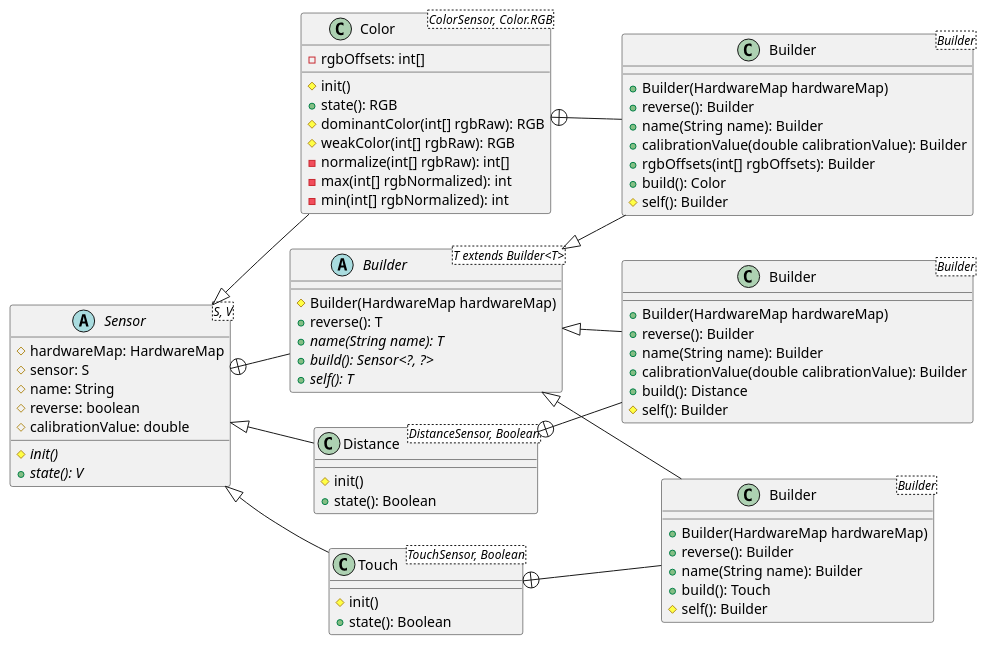
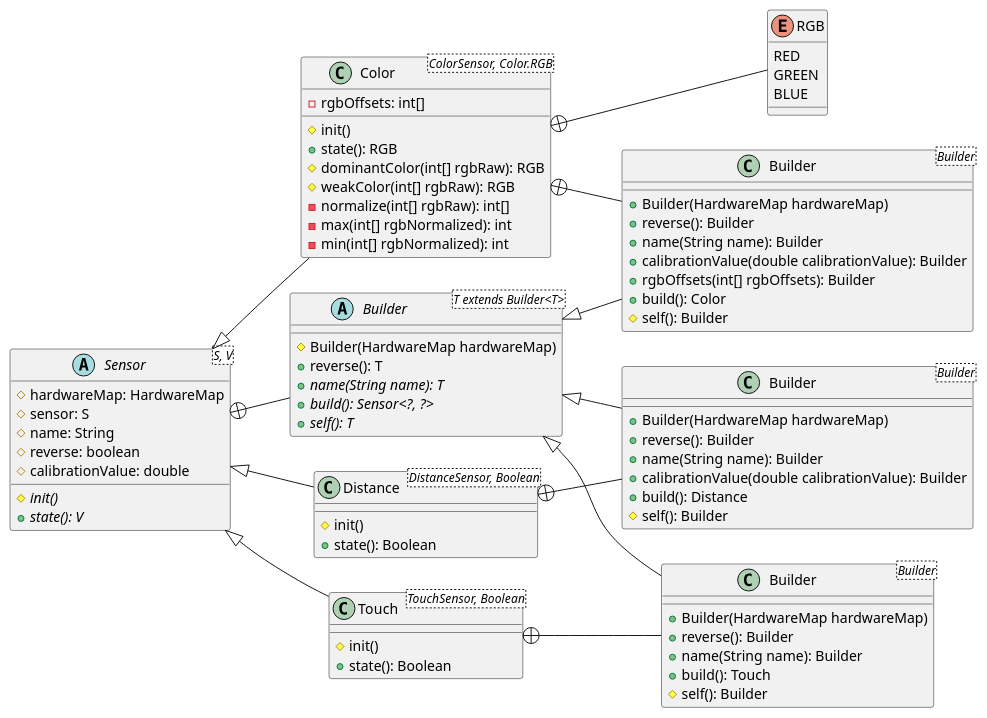
Before and after one commit to Collegiate-Edu-Nation/easy-ftc: the diagram in docs/uml/src/sensor.puml, drawn with PlantUML. The commit also changed 2 other files, not shown here.

Commit message:
uml: added classes, split nested mech

```diff
--- a/docs/uml/src/sensor.puml
+++ b/docs/uml/src/sensor.puml
@@ -1,85 +1,93 @@
 @startuml
 
 left to right direction
 
 abstract class Sensor<S, V> {
     # hardwareMap: HardwareMap
     # sensor: S
     # name: String
     # reverse: boolean
     # calibrationValue: double
     {abstract}# init()
     {abstract}+ state(): V
 }
 
 abstract class "Builder<T extends Builder<T>>" as Sensor_Builder {
     # Builder(HardwareMap hardwareMap)
     + reverse(): T
     {abstract}+ name(String name): T
     {abstract}+ build(): Sensor<?, ?>
     {abstract}+ self(): T
 }
 
 class Color<ColorSensor, Color.RGB> {
     - rgbOffsets: int[]
     # init()
     + state(): RGB
     # dominantColor(int[] rgbRaw): RGB
     # weakColor(int[] rgbRaw): RGB
     - normalize(int[] rgbRaw): int[]
     - max(int[] rgbNormalized): int
     - min(int[] rgbNormalized): int
 }
 
 class Distance<DistanceSensor, Boolean> {
     # init()
     + state(): Boolean
 }
 
 class Touch<TouchSensor, Boolean> {
     # init()
     + state(): Boolean
 }
 
 class "Builder<Builder>" as Color_Builder {
     + Builder(HardwareMap hardwareMap)
     + reverse(): Builder
     + name(String name): Builder
     + calibrationValue(double calibrationValue): Builder
     + rgbOffsets(int[] rgbOffsets): Builder
     + build(): Color
     # self(): Builder
 }
 
 class "Builder<Builder>" as Distance_Builder {
     + Builder(HardwareMap hardwareMap)
     + reverse(): Builder
     + name(String name): Builder
     + calibrationValue(double calibrationValue): Builder
     + build(): Distance
     # self(): Builder
 }
 
 class "Builder<Builder>" as Touch_Builder {
     + Builder(HardwareMap hardwareMap)
     + reverse(): Builder
     + name(String name): Builder
     + build(): Touch
     # self(): Builder
 }
 
+enum RGB {
+    RED
+    GREEN
+    BLUE
+}
+
 Sensor <|-- Color
 Sensor <|-- Distance
 Sensor <|-- Touch
 
 Sensor_Builder <|-- Color_Builder
 Sensor_Builder <|-- Distance_Builder
 Sensor_Builder <|-- Touch_Builder
 
 Sensor +-- Sensor_Builder
 
 Color +-- Color_Builder
 Distance +-- Distance_Builder
 Touch +-- Touch_Builder
 
+Color +-- RGB
+
 @enduml
```
